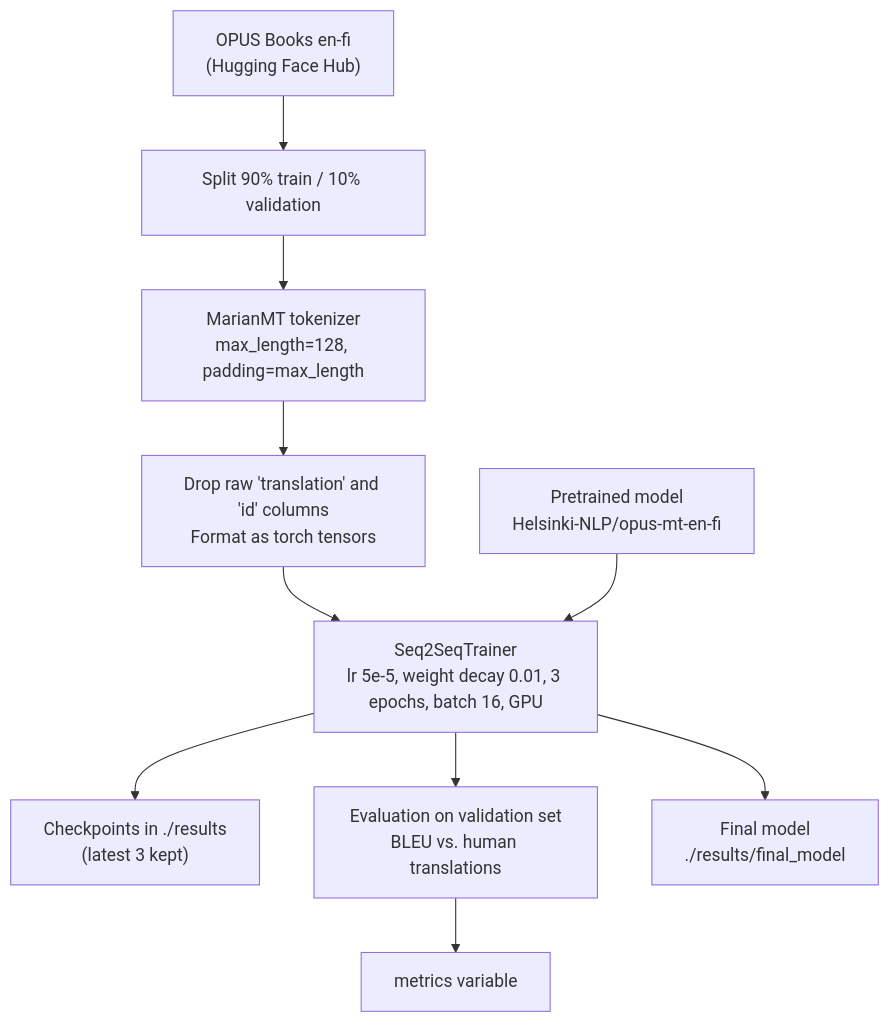
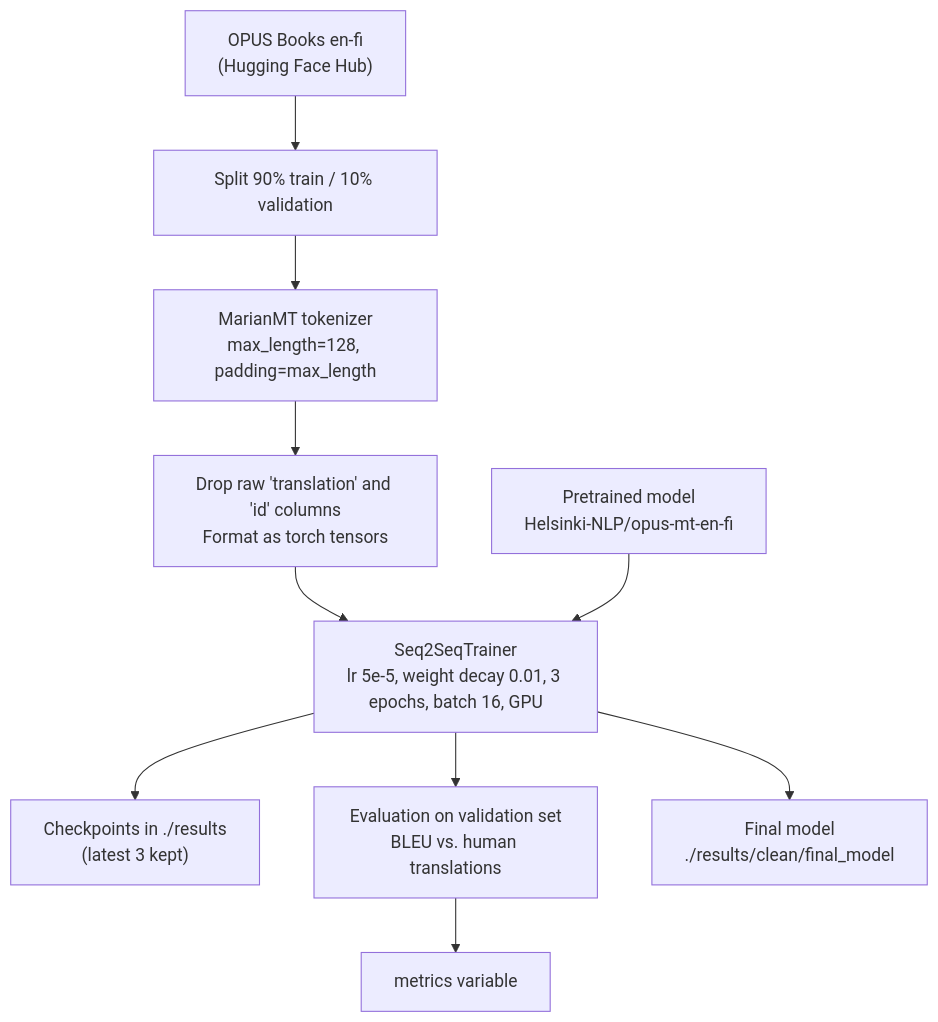
The first of 3 diagrams in README.md (DirkMueller8/language-translation), drawn with Mermaid before and after one commit. The commit also changed other lines of this file and 5 other files, not shown here.

````diff
--- a/README.md
+++ b/README.md
@@ -18,12 +18,12 @@
 ```mermaid
 flowchart TD
     A["OPUS Books en-fi<br/>(Hugging Face Hub)"] --> B["Split 90% train / 10% validation"]
     B --> C["MarianMT tokenizer<br/>max_length=128, padding=max_length"]
     C --> D["Drop raw 'translation' and 'id' columns<br/>Format as torch tensors"]
     D --> E["Seq2SeqTrainer<br/>lr 5e-5, weight decay 0.01, 3 epochs, batch 16, GPU"]
     M["Pretrained model<br/>Helsinki-NLP/opus-mt-en-fi"] --> E
     E --> F["Checkpoints in ./results<br/>(latest 3 kept)"]
     E --> G["Evaluation on validation set<br/>BLEU vs. human translations"]
     G --> H["metrics variable"]
-    E --> I["Final model<br/>./results/final_model"]
+    E --> I["Final model<br/>./results/clean/final_model"]
 ```
````
